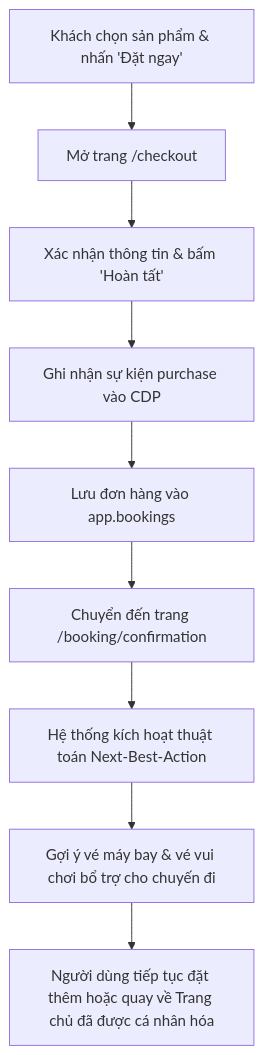
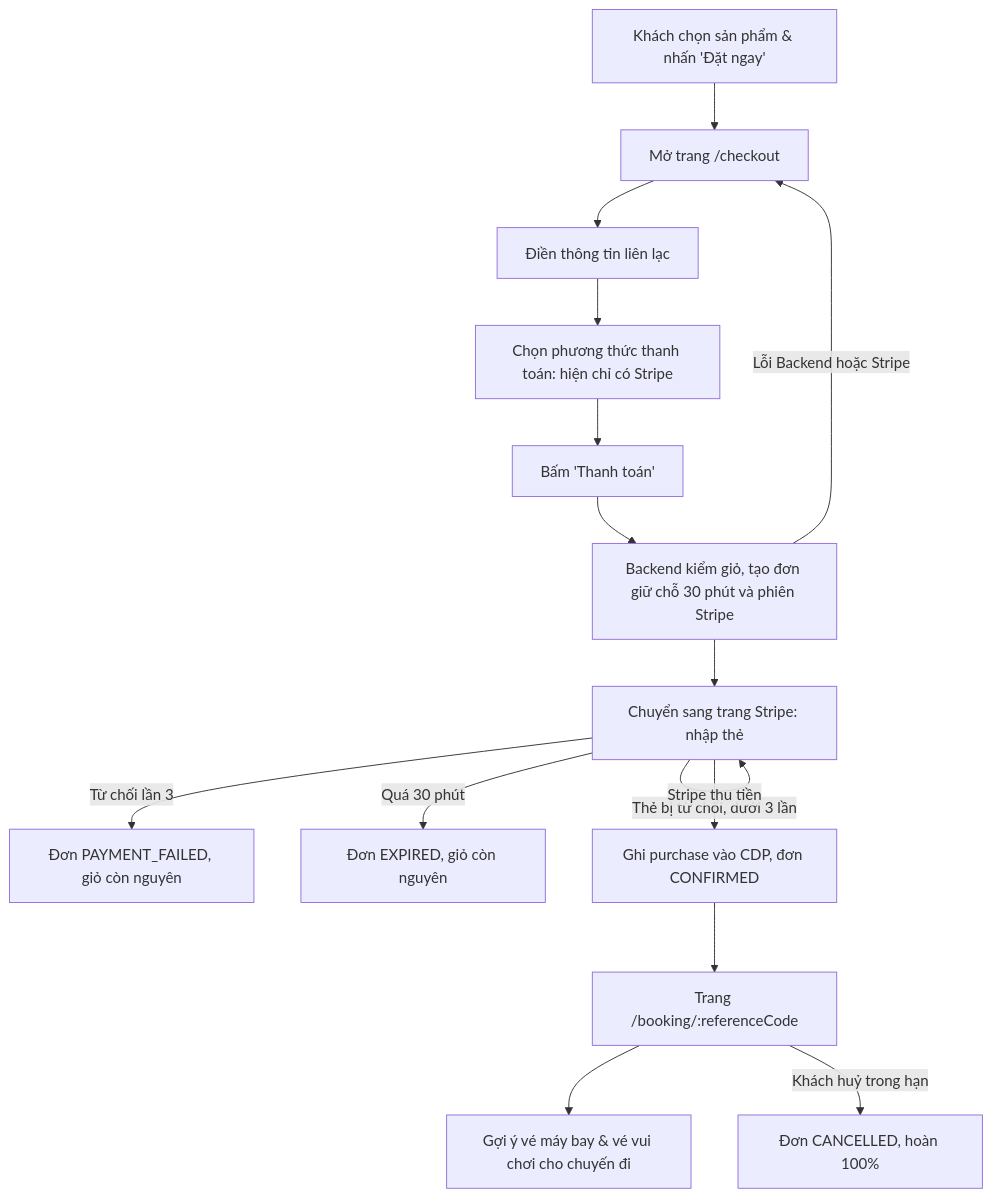
One commit to NguyenNhat4/Travel-Recommend-System changed the third of 3 diagrams in docs/prd/user-flow.md. Above: the diagram before and after it, drawn with Mermaid. The commit also changed other lines of this file and 12 other files, not shown here.

First line of the commit message:
docs: áp dụng đề xuất thanh toán Stripe (MoR) vào PRD

````diff
--- a/docs/prd/user-flow.md
+++ b/docs/prd/user-flow.md
@@ -79,11 +86,17 @@
 ```mermaid
 flowchart TD
     A[Khách chọn sản phẩm & nhấn 'Đặt ngay'] --> B[Mở trang /checkout]
-    B --> C[Xác nhận thông tin & bấm 'Hoàn tất']
-    C --> D[Ghi nhận sự kiện purchase vào CDP]
-    D --> E[Lưu đơn hàng vào app.bookings]
-    E --> F[Chuyển đến trang /booking/confirmation]
-    F --> G[Hệ thống kích hoạt thuật toán Next-Best-Action]
-    G --> H[Gợi ý vé máy bay & vé vui chơi bổ trợ cho chuyến đi]
-    H --> I[Người dùng tiếp tục đặt thêm hoặc quay về Trang chủ đã được cá nhân hóa]
+    B --> C[Điền thông tin liên lạc]
+    C --> M[Chọn phương thức thanh toán: hiện chỉ có Stripe]
+    M --> P[Bấm 'Thanh toán']
+    P --> D[Backend kiểm giỏ, tạo đơn giữ chỗ 30 phút và phiên Stripe]
+    D -->|Lỗi Backend hoặc Stripe| B
+    D --> S[Chuyển sang trang Stripe: nhập thẻ]
+    S -->|Thẻ bị từ chối, dưới 3 lần| S
+    S -->|Từ chối lần 3| X1[Đơn PAYMENT_FAILED, giỏ còn nguyên]
+    S -->|Quá 30 phút| X2[Đơn EXPIRED, giỏ còn nguyên]
+    S -->|Stripe thu tiền| F[Ghi purchase vào CDP, đơn CONFIRMED]
+    F --> G[Trang /booking/:referenceCode]
+    G --> H[Gợi ý vé máy bay & vé vui chơi cho chuyến đi]
+    G -->|Khách huỷ trong hạn| X3[Đơn CANCELLED, hoàn 100%]
 ```
````
